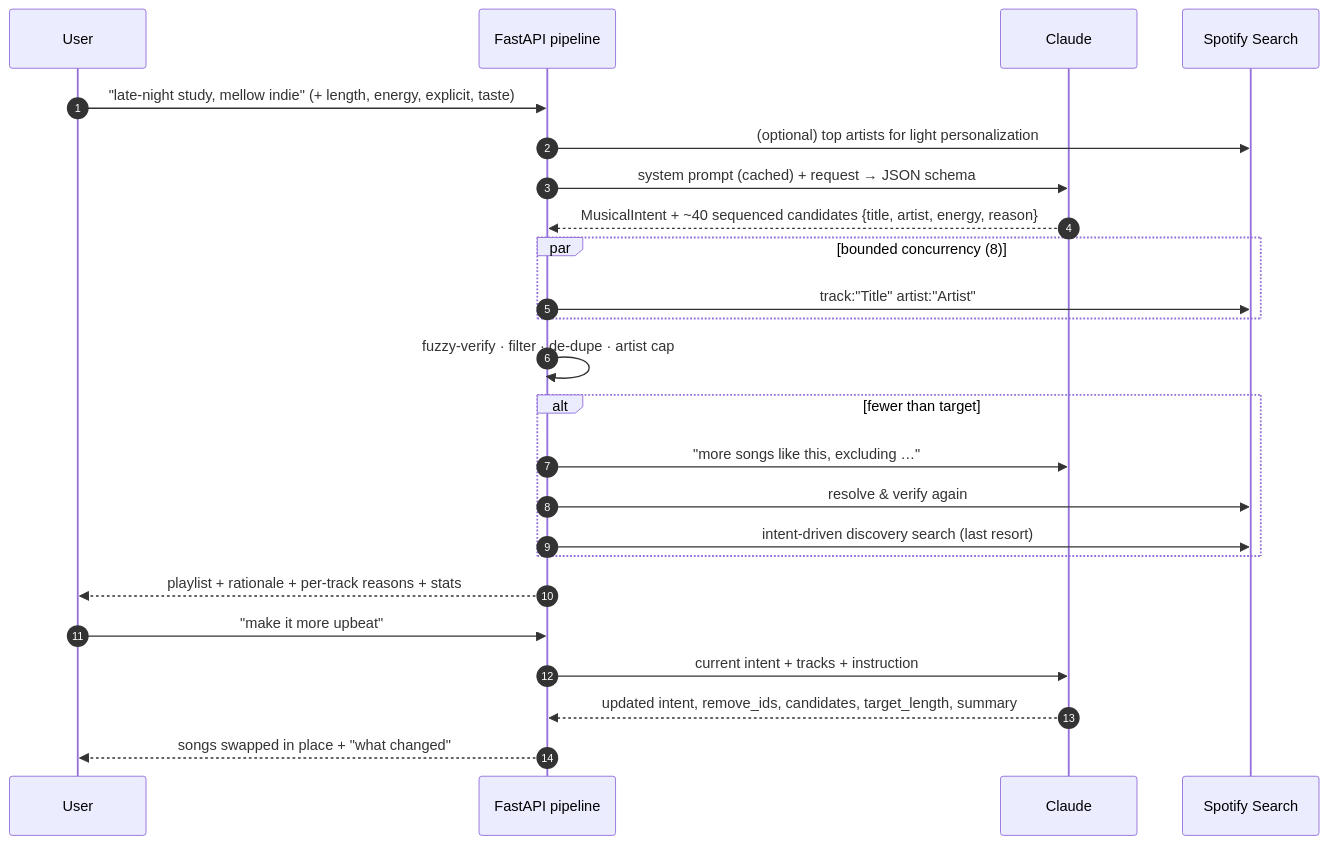
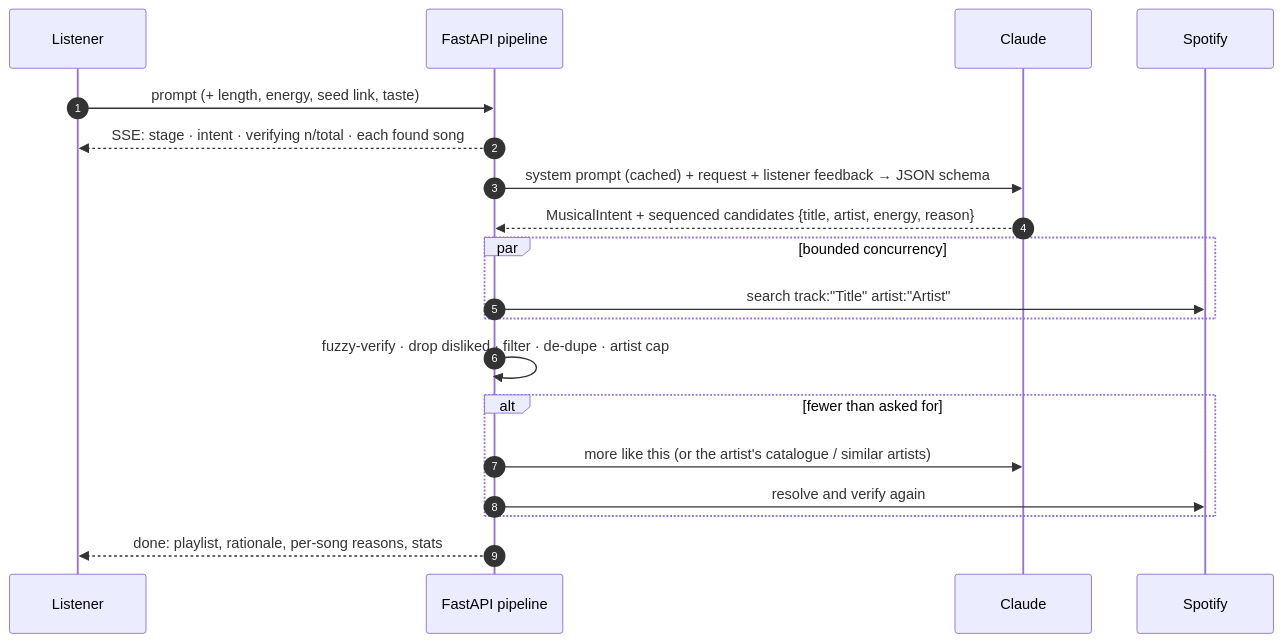
The second of 2 diagrams in README.md (lordflaxko/moodwave), drawn with Mermaid before and after one commit. The commit also changed other lines of this file and 10 other files, not shown here.

````diff
--- a/README.md
+++ b/README.md
@@ -190,26 +94,21 @@
 ```mermaid
 sequenceDiagram
     autonumber
-    participant U as User
+    participant U as Listener
     participant API as FastAPI pipeline
     participant C as Claude
-    participant S as Spotify Search
-    U->>API: "late-night study, mellow indie" (+ length, energy, explicit, taste)
-    API->>S: (optional) top artists for light personalization
-    API->>C: system prompt (cached) + request → JSON schema
-    C-->>API: MusicalIntent + ~40 sequenced candidates {title, artist, energy, reason}
-    par bounded concurrency (8)
-      API->>S: track:"Title" artist:"Artist"
+    participant S as Spotify
+    U->>API: prompt (+ length, energy, seed link, taste)
+    API-->>U: SSE: stage · intent · verifying n/total · each found song
+    API->>C: system prompt (cached) + request + listener feedback → JSON schema
+    C-->>API: MusicalIntent + sequenced candidates {title, artist, energy, reason}
+    par bounded concurrency
+      API->>S: search track:"Title" artist:"Artist"
     end
-    API->>API: fuzzy-verify · filter · de-dupe · artist cap
-    alt fewer than target
-      API->>C: "more songs like this, excluding …"
-      API->>S: resolve & verify again
-      API->>S: intent-driven discovery search (last resort)
+    API->>API: fuzzy-verify · drop disliked · filter · de-dupe · artist cap
+    alt fewer than asked for
+      API->>C: more like this (or the artist's catalogue / similar artists)
+      API->>S: resolve and verify again
     end
-    API-->>U: playlist + rationale + per-track reasons + stats
-    U->>API: "make it more upbeat"
-    API->>C: current intent + tracks + instruction
-    C-->>API: updated intent, remove_ids, candidates, target_length, summary
-    API-->>U: songs swapped in place + "what changed"
+    API-->>U: done: playlist, rationale, per-song reasons, stats
 ```
````
